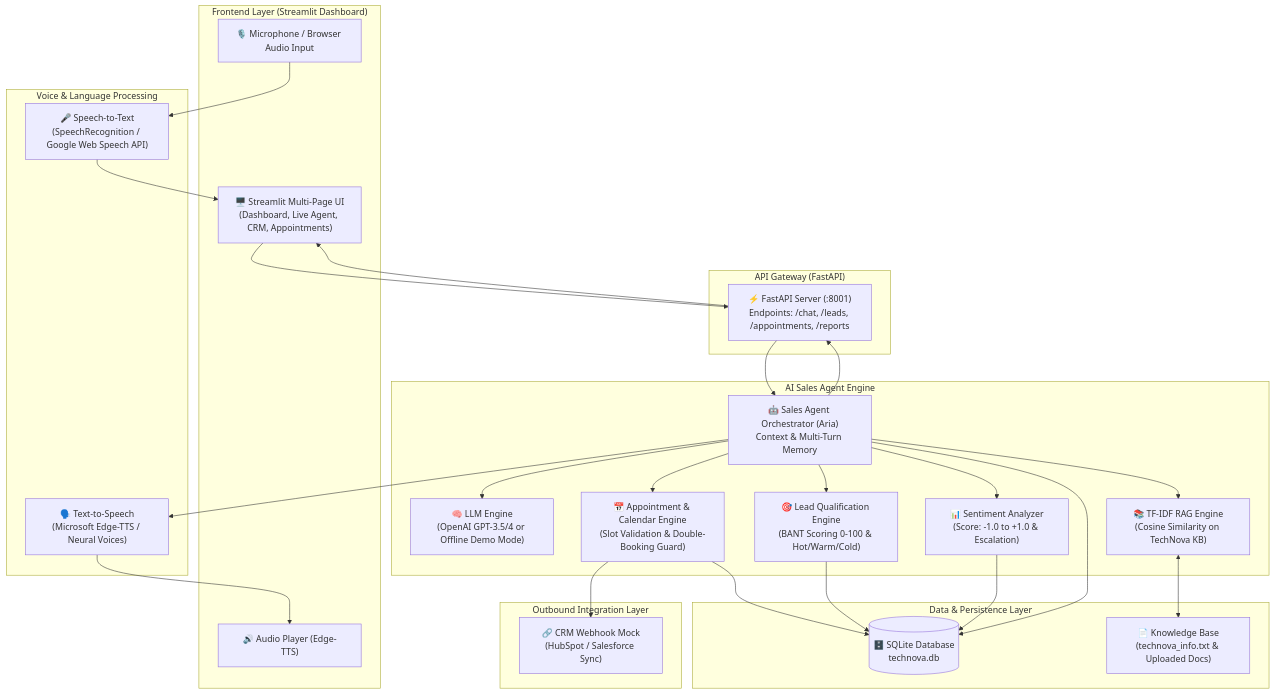
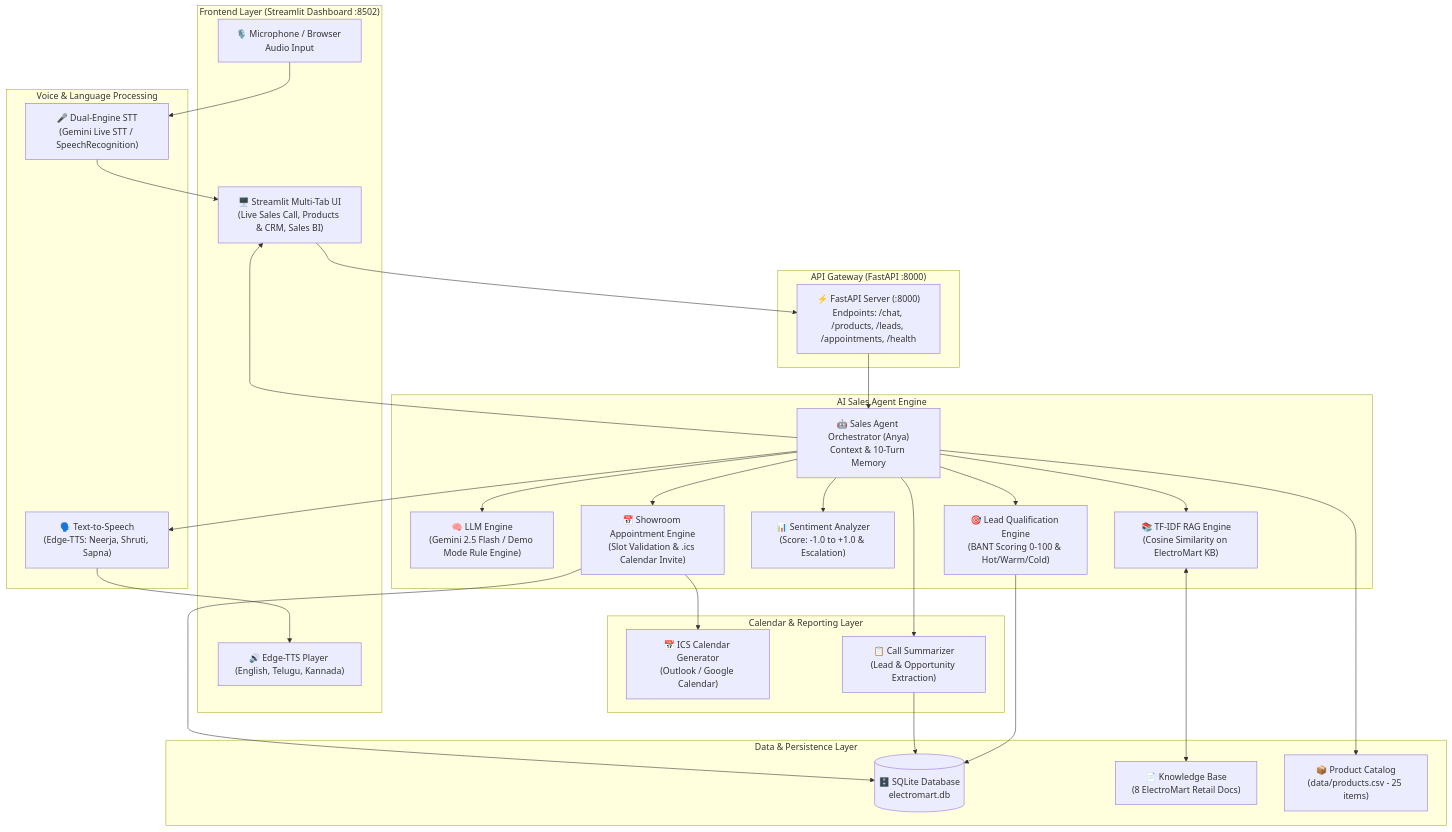
Before and after one commit to naren1408/AI-VOICE-AGENT: the diagram in architecture/system_architecture.md, drawn with Mermaid. The commit also changed other lines of this file and 24 other files, not shown here.

Commit message:
feat: replace Hindi with Telugu & Kannada support, purge all legacy TechNova files

````diff
--- a/architecture/system_architecture.md
+++ b/architecture/system_architecture.md
@@ -5,60 +5,61 @@
 ```mermaid
 flowchart TD
-    subgraph ClientLayer["Frontend Layer (Streamlit Dashboard)"]
-        UI["🖥️ Streamlit Multi-Page UI\n(Dashboard, Live Agent, CRM, Appointments)"]
+    subgraph ClientLayer["Frontend Layer (Streamlit Dashboard :8502)"]
+        UI["🖥️ Streamlit Multi-Tab UI\n(Live Sales Call, Products & CRM, Sales BI)"]
         AudioInput["🎙️ Microphone / Browser Audio Input"]
-        AudioPlayer["🔊 Audio Player (Edge-TTS)"]
+        AudioPlayer["🔊 Edge-TTS Player (English, Telugu, Kannada)"]
     end
 
-    subgraph APILayer["API Gateway (FastAPI)"]
-        FastAPI["⚡ FastAPI Server (:8001)\nEndpoints: /chat, /leads, /appointments, /reports"]
+    subgraph APILayer["API Gateway (FastAPI :8000)"]
+        FastAPI["⚡ FastAPI Server (:8000)\nEndpoints: /chat, /products, /leads, /appointments, /health"]
     end
 
     subgraph VoicePipeline["Voice & Language Processing"]
-        STT["🎤 Speech-to-Text\n(SpeechRecognition / Google Web Speech API)"]
-        TTS["🗣️ Text-to-Speech\n(Microsoft Edge-TTS / Neural Voices)"]
+        STT["🎤 Dual-Engine STT\n(Gemini Live STT / SpeechRecognition)"]
+        TTS["🗣️ Text-to-Speech\n(Edge-TTS: Neerja, Shruti, Sapna)"]
     end
 
     subgraph CoreAgent["AI Sales Agent Engine"]
-        Agent["🤖 Sales Agent Orchestrator (Aria)\nContext & Multi-Turn Memory"]
-        LLM["🧠 LLM Engine\n(OpenAI GPT-3.5/4 or Offline Demo Mode)"]
-        RAG["📚 TF-IDF RAG Engine\n(Cosine Similarity on TechNova KB)"]
+        Agent["🤖 Sales Agent Orchestrator (Anya)\nContext & 10-Turn Memory"]
+        LLM["🧠 LLM Engine\n(Gemini 2.5 Flash / Demo Mode Rule Engine)"]
+        RAG["📚 TF-IDF RAG Engine\n(Cosine Similarity on ElectroMart KB)"]
         Sentiment["📊 Sentiment Analyzer\n(Score: -1.0 to +1.0 & Escalation)"]
         LeadScoring["🎯 Lead Qualification Engine\n(BANT Scoring 0-100 & Hot/Warm/Cold)"]
-        ApptBooking["📅 Appointment & Calendar Engine\n(Slot Validation & Double-Booking Guard)"]
+        ApptBooking["📅 Showroom Appointment Engine\n(Slot Validation & .ics Calendar Invite)"]
     end
 
     subgraph StorageLayer["Data & Persistence Layer"]
-        DB[(🗄️ SQLite Database\ntechnova.db)]
-        KBFile["📄 Knowledge Base\n(technova_info.txt & Uploaded Docs)"]
+        DB[(🗄️ SQLite Database\nelectromart.db)]
+        KBFile["📄 Knowledge Base\n(8 ElectroMart Retail Docs)"]
+        CatalogFile["📦 Product Catalog\n(data/products.csv - 25 items)"]
     end
 
-    subgraph Integrations["Outbound Integration Layer"]
-        Webhook["🔗 CRM Webhook Mock\n(HubSpot / Salesforce Sync)"]
+    subgraph Integrations["Calendar & Reporting Layer"]
+        ICS["📅 ICS Calendar Generator\n(Outlook / Google Calendar)"]
+        Summary["📋 Call Summarizer\n(Lead & Opportunity Extraction)"]
     end
 
     %% Data Flow
     AudioInput --> STT
     STT --> UI
     UI --> FastAPI
     FastAPI --> Agent
 
     Agent --> RAG
     RAG <--> KBFile
+    Agent --> CatalogFile
     Agent --> LLM
     Agent --> Sentiment
     Agent --> LeadScoring
     Agent --> ApptBooking
 
     ApptBooking --> DB
+    ApptBooking --> ICS
+    Agent --> Summary
+    Summary --> DB
     LeadScoring --> DB
-    Sentiment --> DB
-    Agent --> DB
 
     Agent --> TTS
     TTS --> AudioPlayer
-    Agent --> FastAPI
-    FastAPI --> UI
-
-    ApptBooking --> Webhook
+    Agent --> UI
 ```
````
